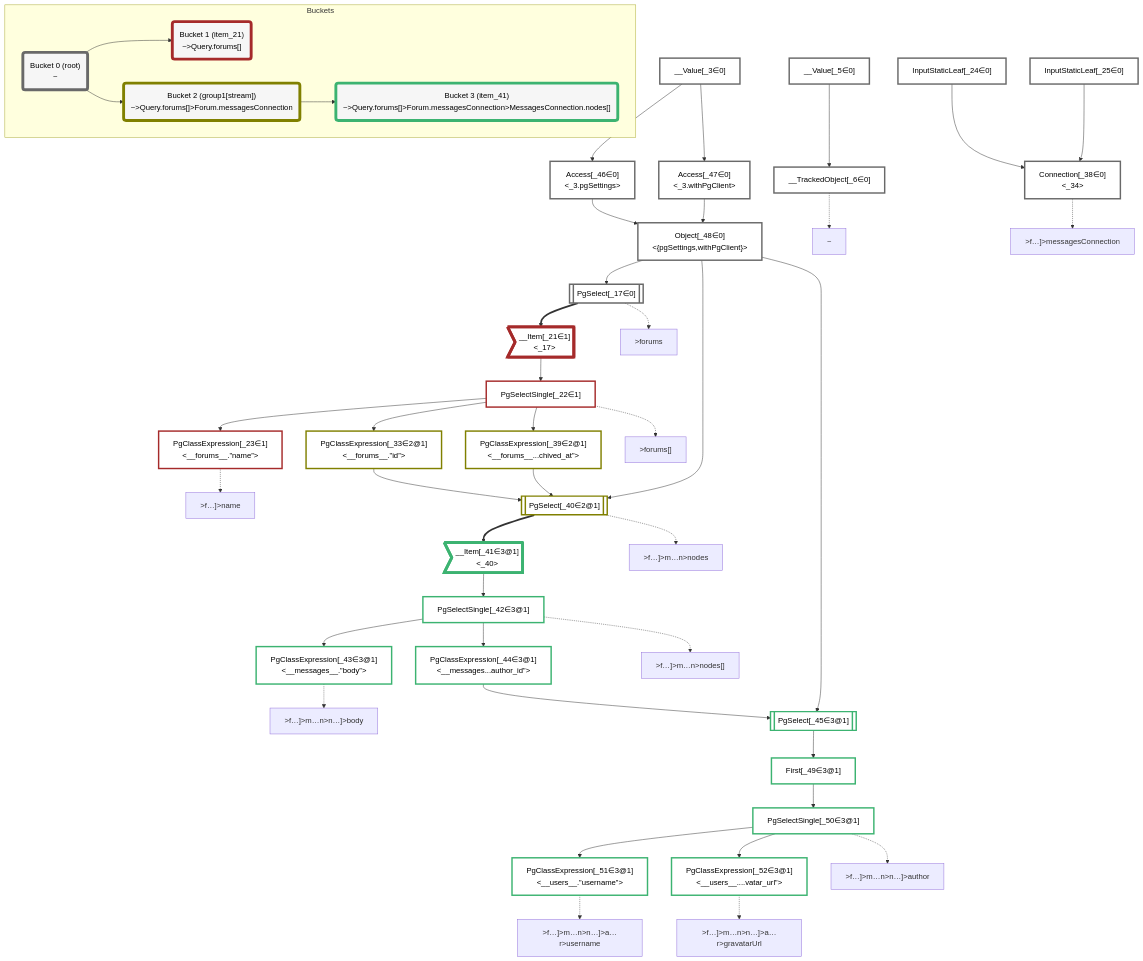
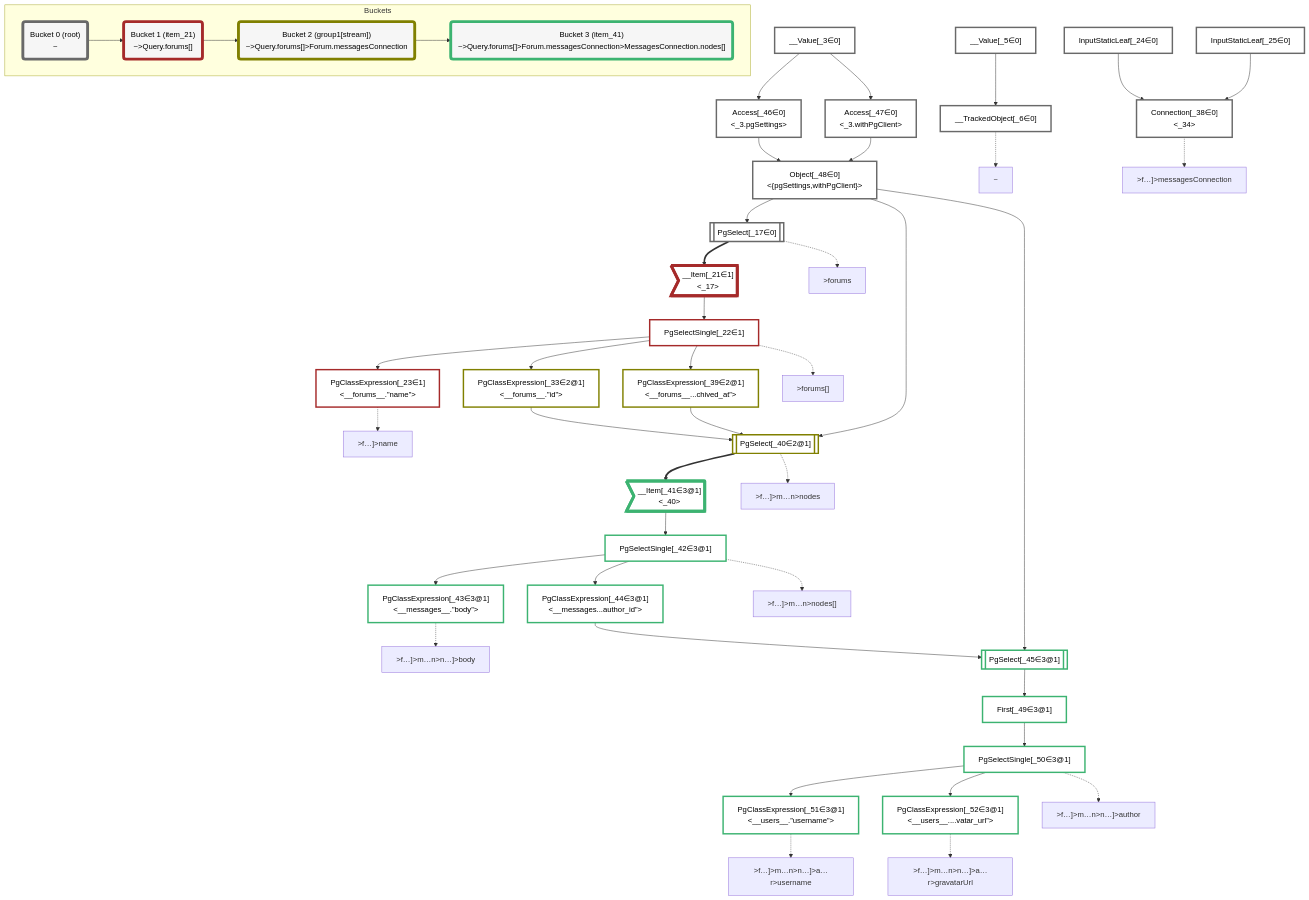
The diagram in packages/dataplan-pg/__tests__/queries/conditions/archived-forum-inherited-messages.stream-1.deopt.mermaid.md (graphile/crystal), drawn with Mermaid before and after one commit. The commit also changed 13 other files, not shown here.

```diff
--- a/packages/dataplan-pg/__tests__/queries/conditions/archived-forum-inherited-messages.stream-1.deopt.mermaid.md
+++ b/packages/dataplan-pg/__tests__/queries/conditions/archived-forum-inherited-messages.stream-1.deopt.mermaid.md
@@ -104,7 +104,7 @@
     Bucket0 --> Bucket1
     Bucket2("Bucket 2 (group1[stream])<br />~>Query.forums[]>Forum.messagesConnection"):::bucket
     style Bucket2 stroke:#808000
-    Bucket0 --> Bucket2
+    Bucket1 --> Bucket2
     Bucket3("Bucket 3 (item_41)<br />~>Query.forums[]>Forum.messagesConnection>MessagesConnection.nodes[]"):::bucket
     style Bucket3 stroke:#3cb371
     Bucket2 --> Bucket3
```
